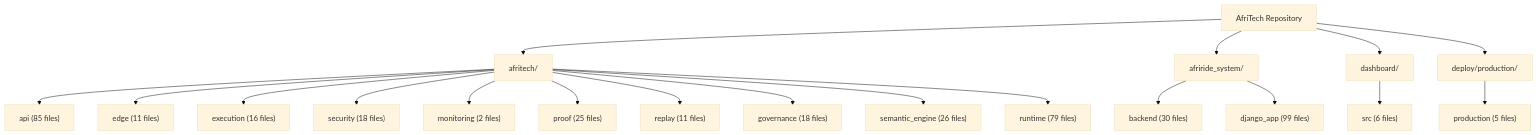
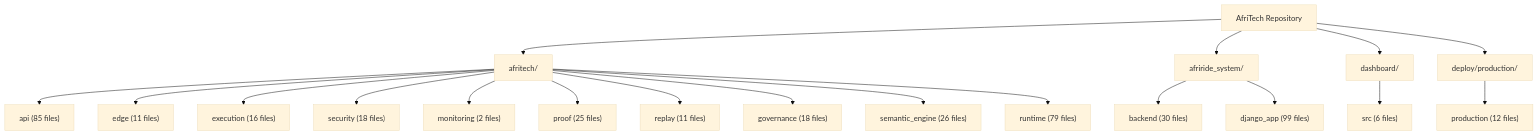
Before and after one commit to Strelly2023/afritelematics: the second of 2 diagrams in docs/architecture/AFRITECH_FULL_ARCHITECTURE_GRAPH.md, drawn with Mermaid (base theme). The commit also changed other lines of this file and 28 other files, not shown here.

````diff
--- a/docs/architecture/AFRITECH_FULL_ARCHITECTURE_GRAPH.md
+++ b/docs/architecture/AFRITECH_FULL_ARCHITECTURE_GRAPH.md
@@ -64,23 +64,23 @@
 ```mermaid
 flowchart TD
     Root["AfriTech Repository"] --> Core["afritech/"]
     Root --> Ride["afriride_system/"]
     Root --> Ui["dashboard/"]
     Root --> Deploy["deploy/production/"]
 
     Core --> Api["api (85 files)"]
     Core --> Edge["edge (11 files)"]
     Core --> Execution["execution (16 files)"]
     Core --> Security["security (18 files)"]
     Core --> Monitoring["monitoring (2 files)"]
     Core --> Proof["proof (25 files)"]
     Core --> Replay["replay (11 files)"]
     Core --> Governance["governance (18 files)"]
     Core --> Semantic["semantic_engine (26 files)"]
     Core --> Runtime["runtime (79 files)"]
 
     Ride --> Backend["backend (30 files)"]
     Ride --> Django["django_app (99 files)"]
     Ui --> Dashboard["src (6 files)"]
-    Deploy --> Production["production (5 files)"]
+    Deploy --> Production["production (12 files)"]
 ```
````
